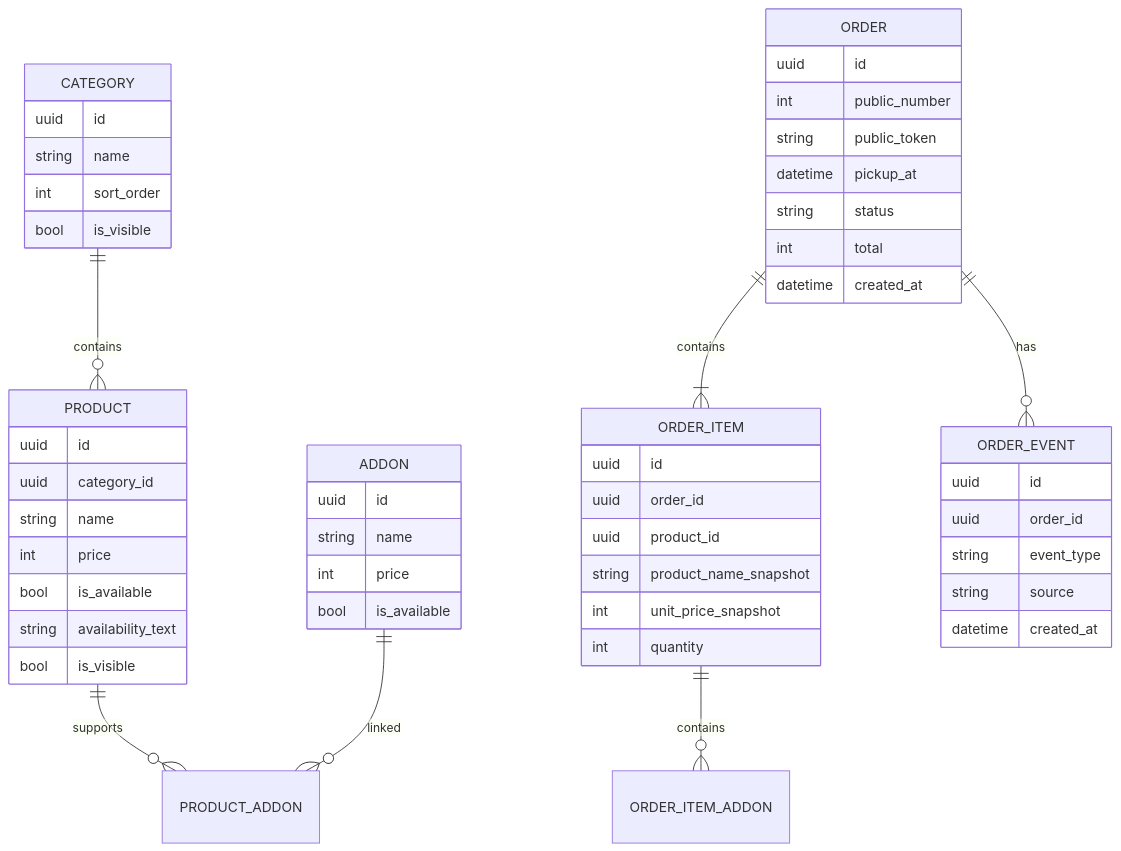
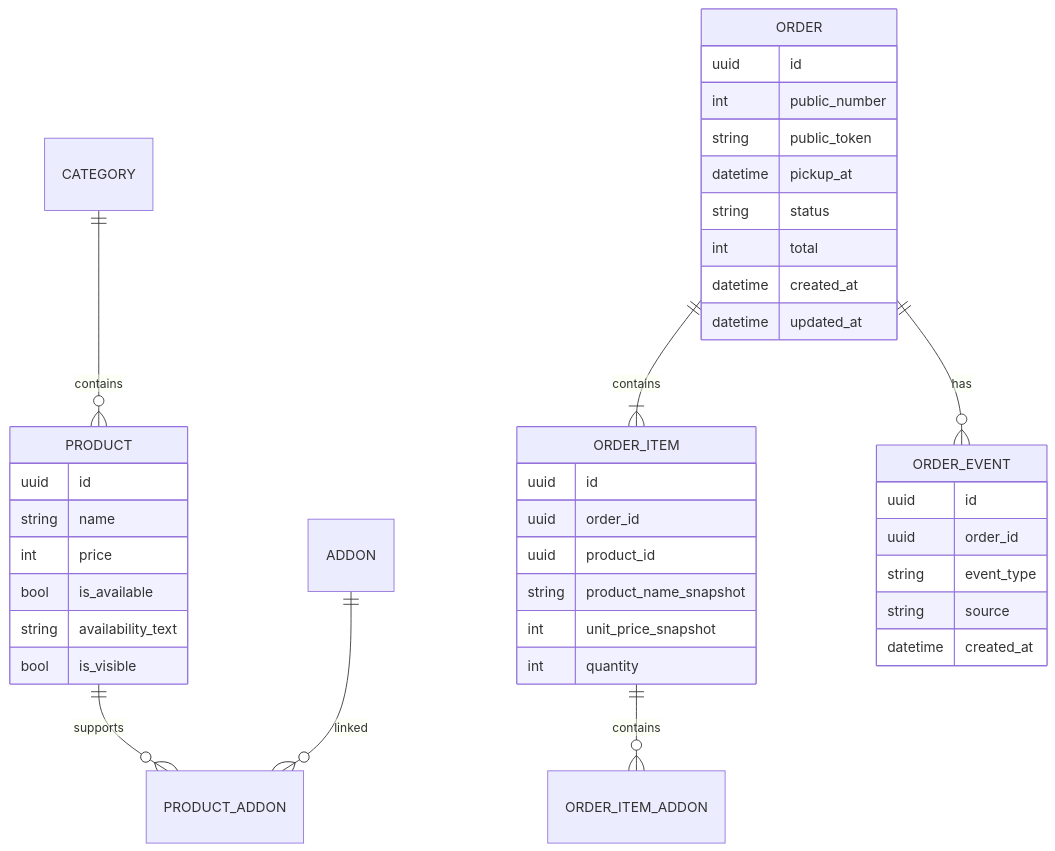
The third of 3 diagrams in docs/ARCHITECTURE.md (encento/shaverma-bn), drawn with Mermaid before and after one commit. The commit also changed other lines of this file and 6 other files, not shown here.

````diff
--- a/docs/ARCHITECTURE.md
+++ b/docs/ARCHITECTURE.md
@@ -211,60 +110,46 @@
 ```mermaid
 erDiagram
     CATEGORY ||--o{ PRODUCT : contains
     PRODUCT ||--o{ PRODUCT_ADDON : supports
     ADDON ||--o{ PRODUCT_ADDON : linked
     ORDER ||--|{ ORDER_ITEM : contains
     ORDER_ITEM ||--o{ ORDER_ITEM_ADDON : contains
     ORDER ||--o{ ORDER_EVENT : has
 
-    CATEGORY {
-        uuid id
-        string name
-        int sort_order
-        bool is_visible
-    }
-
     PRODUCT {
         uuid id
-        uuid category_id
         string name
         int price
         bool is_available
         string availability_text
         bool is_visible
-    }
-
-    ADDON {
-        uuid id
-        string name
-        int price
-        bool is_available
     }
 
     ORDER {
         uuid id
         int public_number
         string public_token
         datetime pickup_at
         string status
         int total
         datetime created_at
+        datetime updated_at
     }
 
     ORDER_ITEM {
         uuid id
         uuid order_id
         uuid product_id
         string product_name_snapshot
         int unit_price_snapshot
         int quantity
     }
 
     ORDER_EVENT {
         uuid id
         uuid order_id
         string event_type
         string source
         datetime created_at
     }
 ```
````
